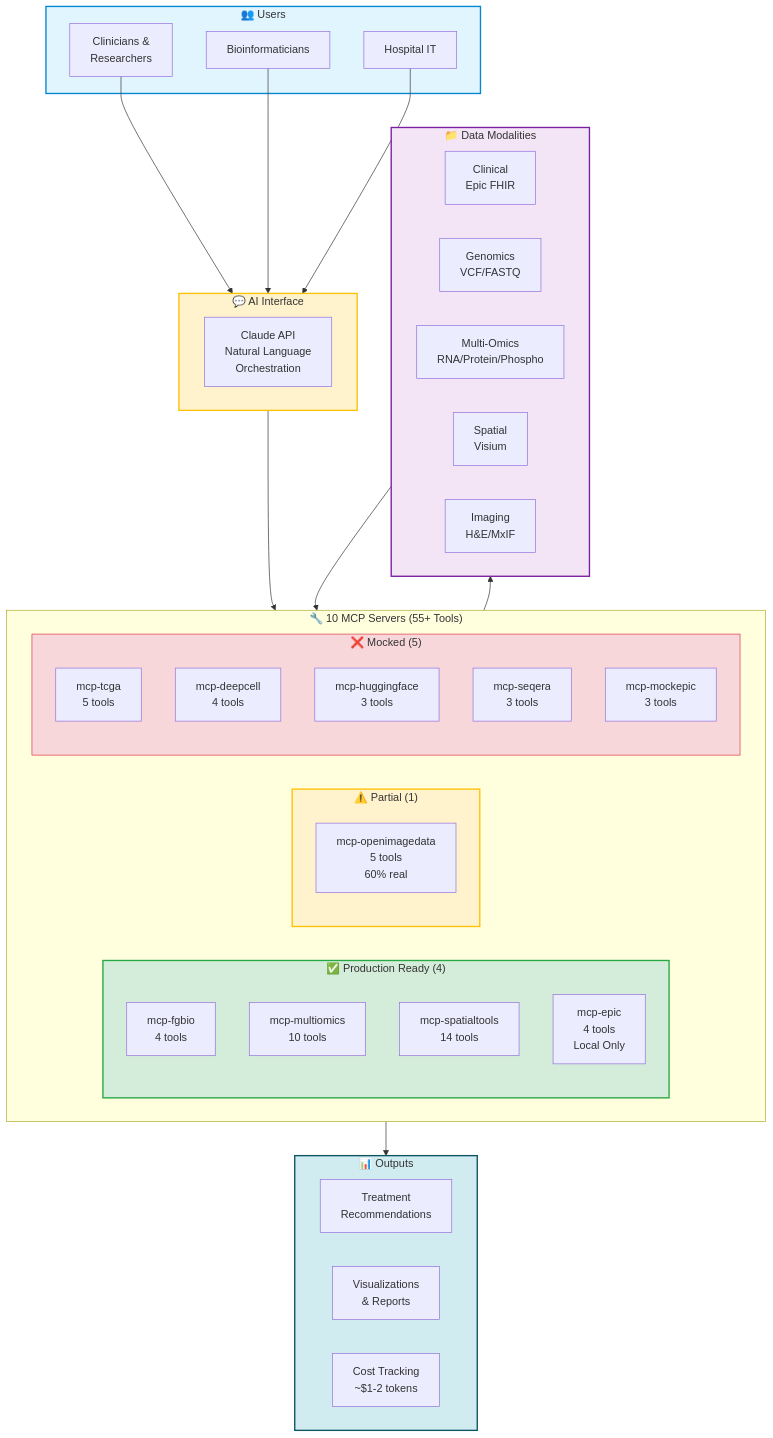
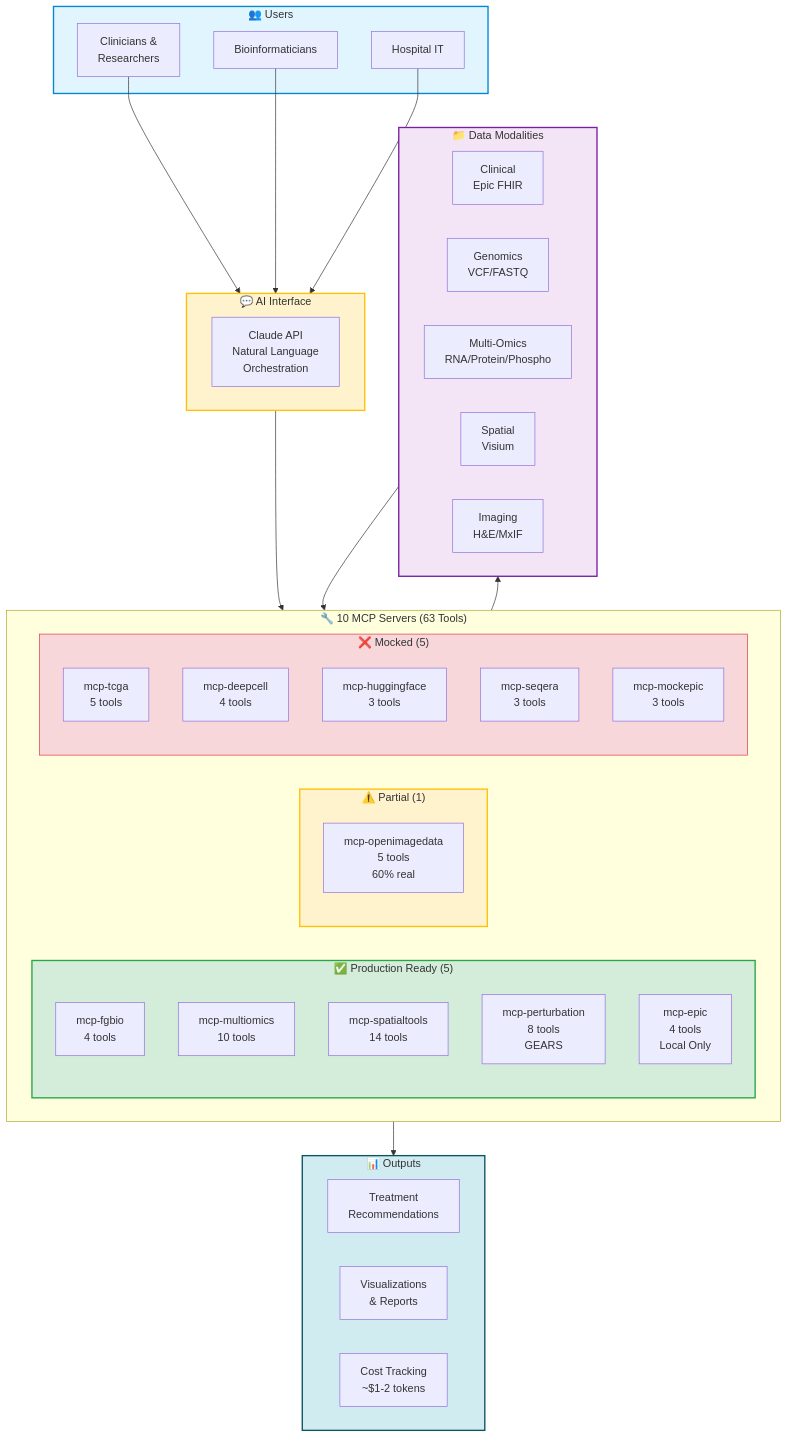
One commit to raymond301/precision-medicine-mcp changed the diagram in docs/EXECUTIVE_SUMMARY.md. Above: the diagram before and after it, drawn with Mermaid. The commit also changed other lines of this file, not shown here.

First line of the commit message:
Add GEARS perturbation prediction to Executive Summary

````diff
--- a/docs/EXECUTIVE_SUMMARY.md
+++ b/docs/EXECUTIVE_SUMMARY.md
@@ -13,67 +13,68 @@
 ```mermaid
 graph TB
     subgraph Users["👥 Users"]
         CLIN[Clinicians &<br/>Researchers]
         BIO[Bioinformaticians]
         ADMIN[Hospital IT]
     end
 
     subgraph Interface["💬 AI Interface"]
         CLAUDE[Claude API<br/>Natural Language<br/>Orchestration]
     end
 
-    subgraph Servers["🔧 10 MCP Servers (55+ Tools)"]
+    subgraph Servers["🔧 10 MCP Servers (63 Tools)"]
         direction LR
-        subgraph Production["✅ Production Ready (4)"]
+        subgraph Production["✅ Production Ready (5)"]
             FGBIO[mcp-fgbio<br/>4 tools]
             MULTI[mcp-multiomics<br/>10 tools]
             SPATIAL[mcp-spatialtools<br/>14 tools]
+            PERTURB[mcp-perturbation<br/>8 tools<br/>GEARS]
             EPIC[mcp-epic<br/>4 tools<br/>Local Only]
         end
 
         subgraph Partial["⚠️ Partial (1)"]
             IMAGE[mcp-openimagedata<br/>5 tools<br/>60% real]
         end
 
         subgraph Mocked["❌ Mocked (5)"]
             TCGA[mcp-tcga<br/>5 tools]
             DEEP[mcp-deepcell<br/>4 tools]
             HF[mcp-huggingface<br/>3 tools]
             SEQ[mcp-seqera<br/>3 tools]
             MOCK[mcp-mockepic<br/>3 tools]
         end
     end
 
     subgraph Data["📁 Data Modalities"]
         CLINICAL[Clinical<br/>Epic FHIR]
         GENOMIC[Genomics<br/>VCF/FASTQ]
         OMICS[Multi-Omics<br/>RNA/Protein/Phospho]
         SPAT[Spatial<br/>Visium]
         IMG[Imaging<br/>H&E/MxIF]
     end
 
     subgraph Output["📊 Outputs"]
         REPORT[Treatment<br/>Recommendations]
         VIZ[Visualizations<br/>& Reports]
         COST[Cost Tracking<br/>~$1-2 tokens]
     end
 
     CLIN --> Interface
     BIO --> Interface
     ADMIN --> Interface
 
     Interface --> Servers
 
     Servers --> Data
     Data --> Servers
 
     Servers --> Output
 
     style Users fill:#e1f5ff,stroke:#0288d1,stroke-width:2px
     style Interface fill:#fff3cd,stroke:#ffc107,stroke-width:2px
     style Production fill:#d4edda,stroke:#28a745,stroke-width:2px
     style Partial fill:#fff3cd,stroke:#ffc107,stroke-width:2px
     style Mocked fill:#f8d7da,stroke:#dc3545,stroke-width:1px
     style Data fill:#f3e5f5,stroke:#7b1fa2,stroke-width:2px
     style Output fill:#d1ecf1,stroke:#0c5460,stroke-width:2px
 ```
````
